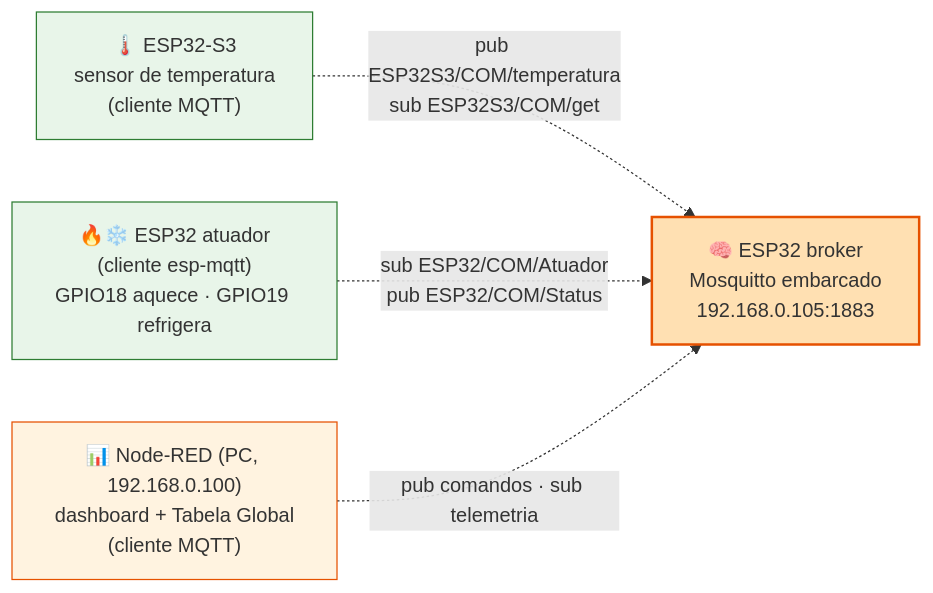
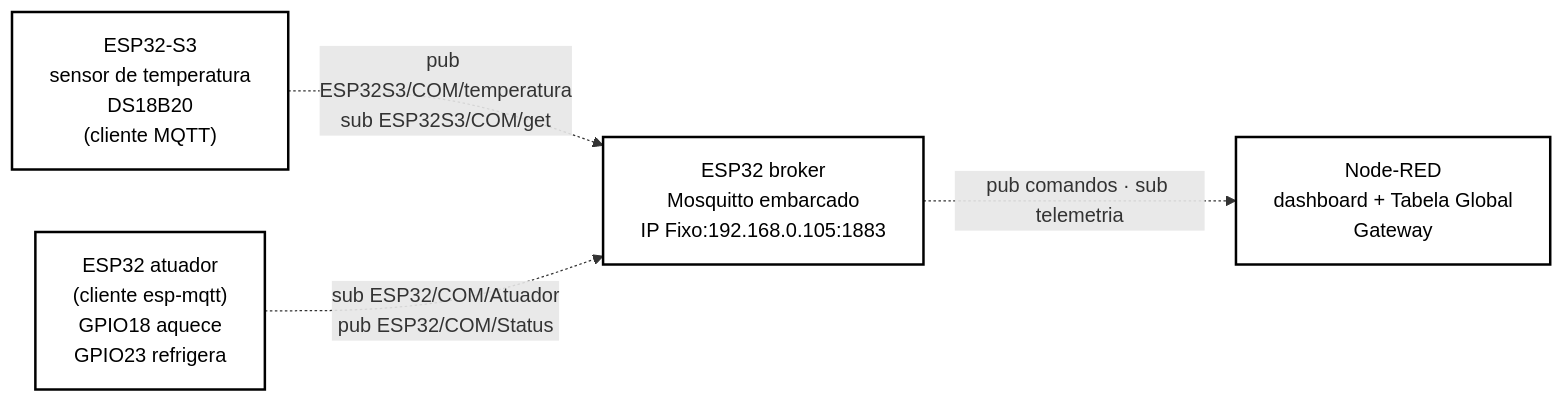
One commit to Scheeffer/Project_Nexus changed the first of 2 diagrams in rede-mqtt/diagramas/README.md. Above: the diagram before and after it, drawn with Mermaid. The commit also changed other lines of this file, not shown here.

First line of the commit message:
Revise README for MQTT cell diagram and details

````diff
--- a/rede-mqtt/diagramas/README.md
+++ b/rede-mqtt/diagramas/README.md
@@ -24,18 +5,19 @@
 ```mermaid
 flowchart LR
-    S3["🌡️ ESP32-S3<br/>sensor de temperatura<br/>(cliente MQTT)"]
-    BR["🧠 ESP32 broker<br/>Mosquitto embarcado<br/>192.168.0.105:1883"]
-    ACT["🔥❄️ ESP32 atuador<br/>(cliente esp-mqtt)<br/>GPIO18 aquece · GPIO19 refrigera"]
-    NR["📊 Node-RED (PC, 192.168.0.100)<br/>dashboard + Tabela Global<br/>(cliente MQTT)"]
+ 
+    S3[" ESP32-S3<br/>sensor de temperatura <br/> DS18B20<br/>(cliente MQTT)"]
+    BR[" ESP32 broker<br/>Mosquitto embarcado<br/>IP Fixo:192.168.0.105:1883"]
+    ACT[" ESP32 atuador<br/>(cliente esp-mqtt)<br/>GPIO18 aquece <br/> GPIO23 refrigera"]
+    NR[" Node-RED <br/>dashboard + Tabela Global <br/> Gateway"]
 
     S3 -. "pub ESP32S3/COM/temperatura<br/>sub ESP32S3/COM/get" .-> BR
     ACT -. "sub ESP32/COM/Atuador<br/>pub ESP32/COM/Status" .-> BR
-    NR -. "pub comandos · sub telemetria" .-> BR
+    BR -. "pub comandos · sub telemetria" .-> NR
 
-    classDef broker fill:#ffe0b2,stroke:#e65100,stroke-width:2px;
-    classDef cliente fill:#e8f5e9,stroke:#2e7d32,stroke-width:1px;
-    classDef central fill:#fff3e0,stroke:#e65100,stroke-width:1px;
+    classDef broker fill:#ffffff,stroke:#000000,stroke-width:2px,color:#000000;
+    classDef cliente fill:#ffffff,stroke:#000000,stroke-width:2px,color:#000000;
+    classDef central fill:#ffffff,stroke:#000000,stroke-width:2px,color:#000000;
     class BR broker;
     class S3,ACT cliente;
     class NR central;
 ```
````
